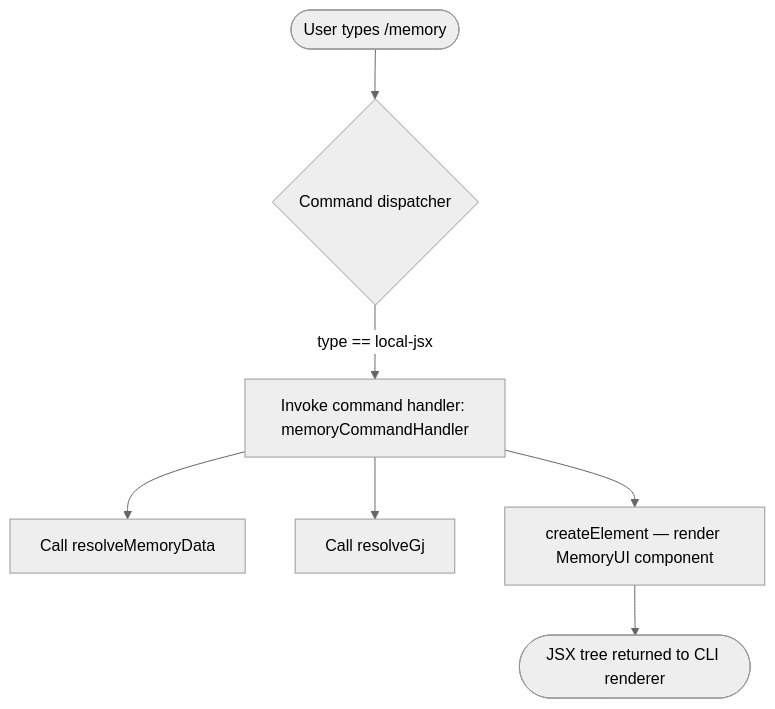
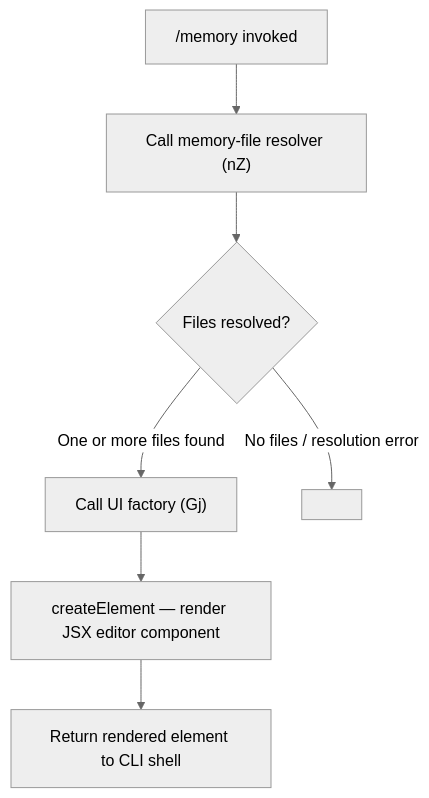
One commit to MyLittleLuckyDog/cc-gnothi changed the diagram in versions/v2.1.132/memory.md. Above: the diagram before and after it, drawn with Mermaid (neutral theme). The commit also changed other lines of this file and 96 other files, not shown here.

````diff
--- a/versions/v2.1.132/memory.md
+++ b/versions/v2.1.132/memory.md
@@ -46,9 +57,9 @@
 ```mermaid
 flowchart TD
-    A([User types /memory]) --> B{Command dispatcher}
-    B -->|type == local-jsx| C[Invoke command handler: memoryCommandHandler]
-    C --> D[Call resolveMemoryData]
-    C --> E[Call resolveGj]
-    C --> F[createElement — render MemoryUI component]
-    F --> G([JSX tree returned to CLI renderer])
+    A["/memory invoked"] --> B["Call memory-file resolver (nZ)"]
+    B --> C{Files resolved?}
+    C -- "One or more files found" --> D["Call UI factory (Gj)"]
+    C -- "No files / resolution error" --> E["<!-- TODO: not found in depth-2 traversal; needs --depth 4 -->"]
+    D --> F["createElement — render JSX editor component"]
+    F --> G["Return rendered element to CLI shell"]
 ```
````
